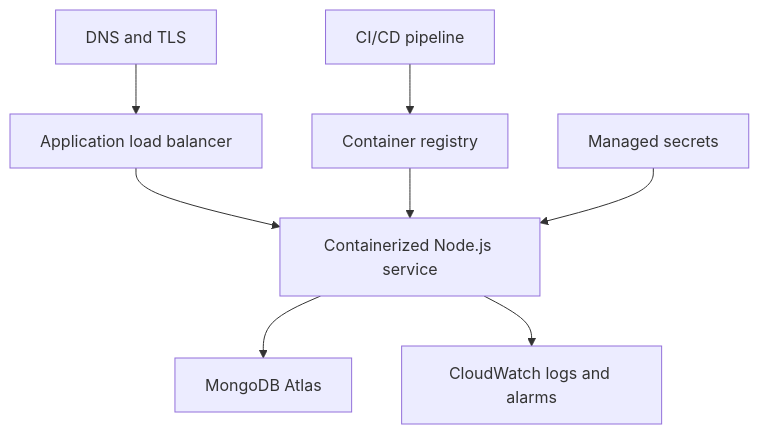
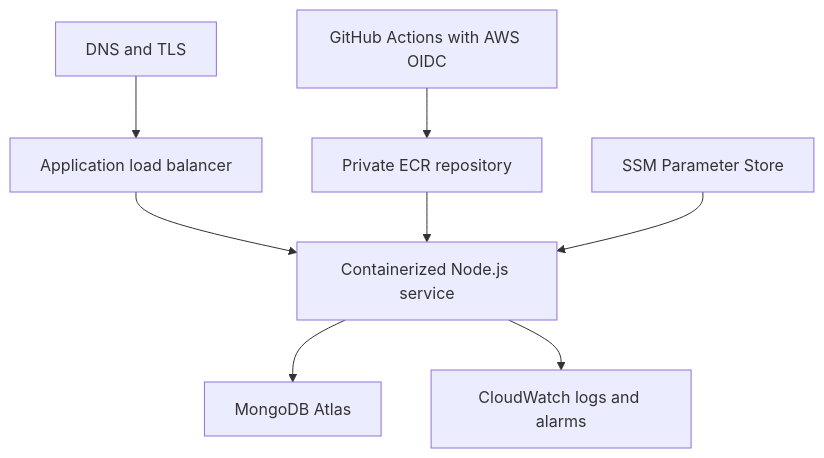
The second of 2 diagrams in docs/ARCHITECTURE.md (TshephangMogotsi/FormForge), drawn with Mermaid before and after one commit. The commit also changed other lines of this file and 5 other files, not shown here.

````diff
--- a/docs/ARCHITECTURE.md
+++ b/docs/ARCHITECTURE.md
@@ -79,10 +79,10 @@
 ```mermaid
 flowchart TB
     DNS["DNS and TLS"] --> LB["Application load balancer"]
     LB --> Service["Containerized Node.js service"]
     Service --> Atlas["MongoDB Atlas"]
     Service --> Logs["CloudWatch logs and alarms"]
-    CI["CI/CD pipeline"] --> Registry["Container registry"]
+    CI["GitHub Actions with AWS OIDC"] --> Registry["Private ECR repository"]
     Registry --> Service
-    Secrets["Managed secrets"] --> Service
+    Secrets["SSM Parameter Store"] --> Service
 ```
````
